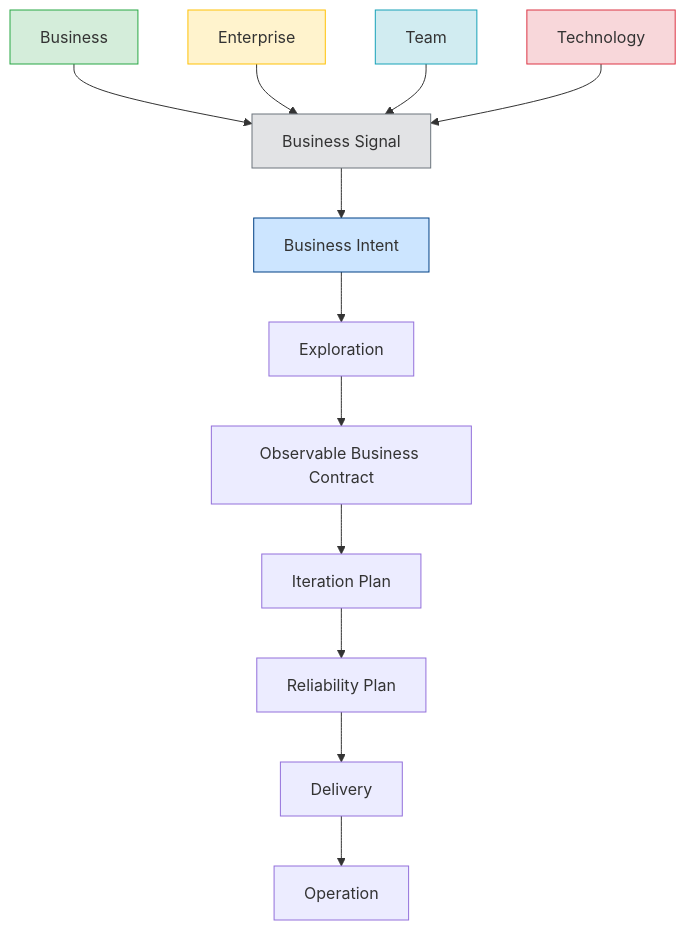
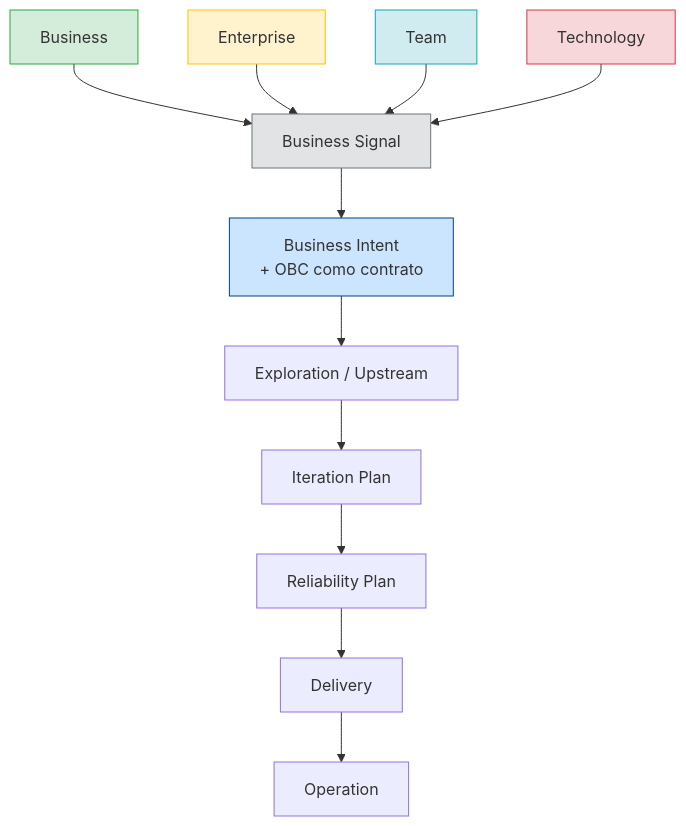
One commit to produtoreativo/payments-api changed the diagram in prodops/framework/origin-streams.md. Above: the diagram before and after it, drawn with Mermaid. The commit also changed other lines of this file and 5 other files, not shown here.

First line of the commit message:
fix(prodops): fix diagrams, traceability chains, add OBC 4-dimension model

````diff
--- a/prodops/framework/origin-streams.md
+++ b/prodops/framework/origin-streams.md
@@ -15,27 +17,26 @@
 ```mermaid
 flowchart TD
     B[Business]
     EN[Enterprise]
     TM[Team]
     TY[Technology]
 
     B --> BS[Business Signal]
     EN --> BS
     TM --> BS
     TY --> BS
 
-    BS --> BI[Business Intent]
-    BI --> EX[Exploration]
-    EX --> OBC[Observable Business Contract]
-    OBC --> IP[Iteration Plan]
+    BS --> BI[Business Intent\n+ OBC como contrato]
+    BI --> EX[Exploration / Upstream]
+    EX --> IP[Iteration Plan]
     IP --> RP[Reliability Plan]
     RP --> D[Delivery]
     D --> OP[Operation]
 
     style B fill:#d4edda,stroke:#28a745
     style EN fill:#fff3cd,stroke:#ffc107
     style TM fill:#d1ecf1,stroke:#17a2b8
     style TY fill:#f8d7da,stroke:#dc3545
     style BS fill:#e2e3e5,stroke:#6c757d
     style BI fill:#cce5ff,stroke:#004085
 ```
````
